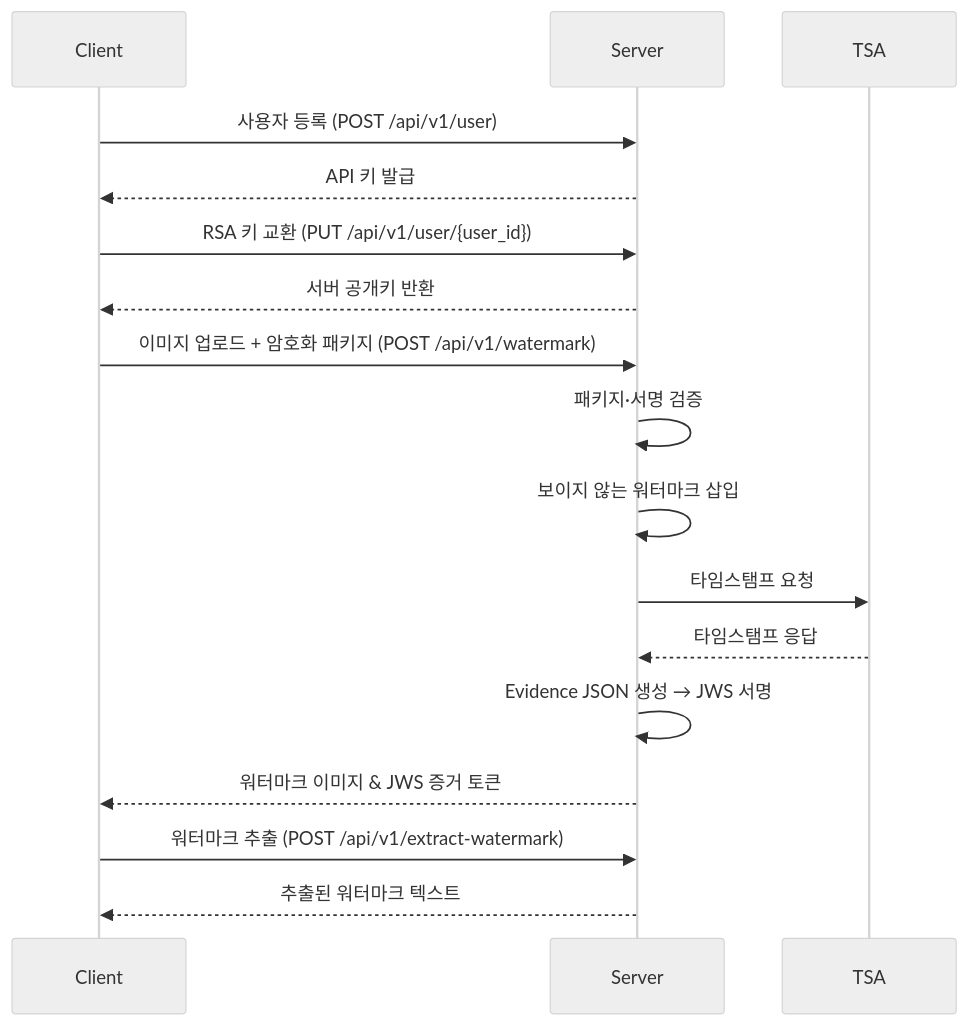
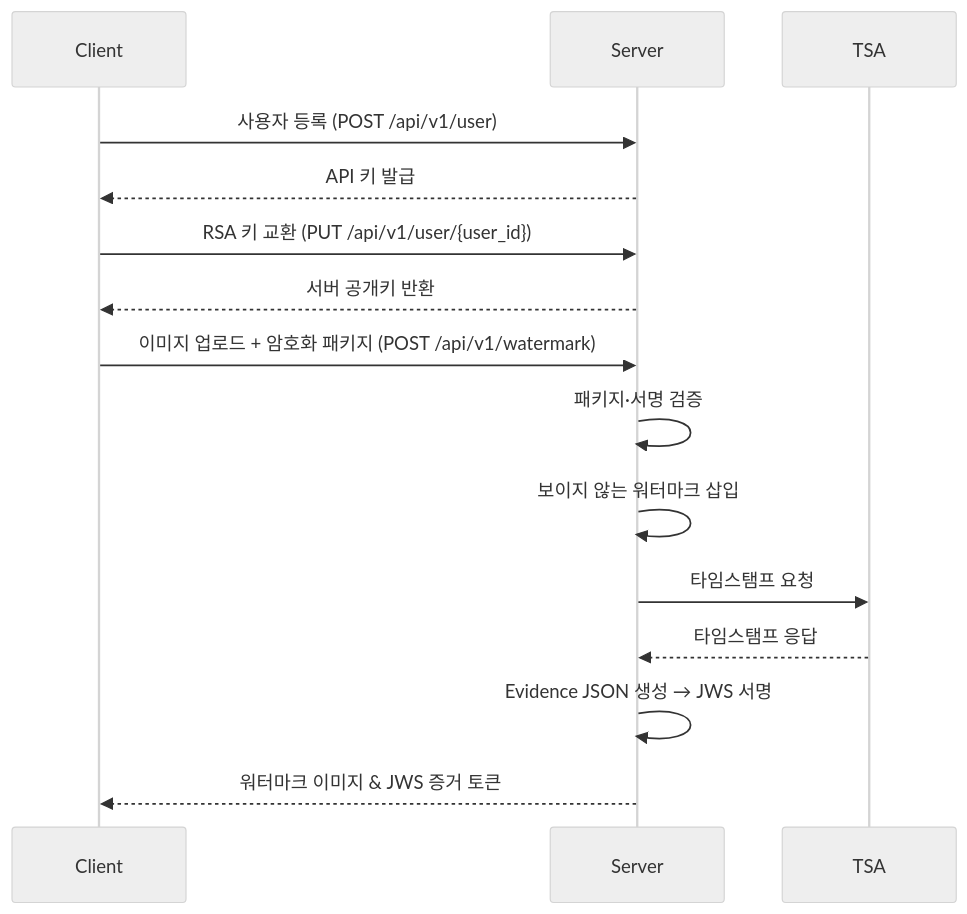
The diagram in README.md (tanminkwan/invisible-proof), drawn with Mermaid (neutral theme) before and after one commit. The commit also changed other lines of this file, not shown here.

````diff
--- a/README.md
+++ b/README.md
@@ -46,23 +46,20 @@
 ```mermaid
 sequenceDiagram
     participant Client
     participant Server
     participant TSA
 
     Client->>Server: 사용자 등록 (POST /api/v1/user)
     Server-->>Client: API 키 발급
 
     Client->>Server: RSA 키 교환 (PUT /api/v1/user/{user_id})
     Server-->>Client: 서버 공개키 반환
 
     Client->>Server: 이미지 업로드 + 암호화 패키지 (POST /api/v1/watermark)
     Server->>Server: 패키지·서명 검증
     Server->>Server: 보이지 않는 워터마크 삽입
     Server->>TSA: 타임스탬프 요청
     TSA-->>Server: 타임스탬프 응답
     Server->>Server: Evidence JSON 생성 → JWS 서명
     Server-->>Client: 워터마크 이미지 & JWS 증거 토큰
-
-    Client->>Server: 워터마크 추출 (POST /api/v1/extract-watermark)
-    Server-->>Client: 추출된 워터마크 텍스트
 ```
````
